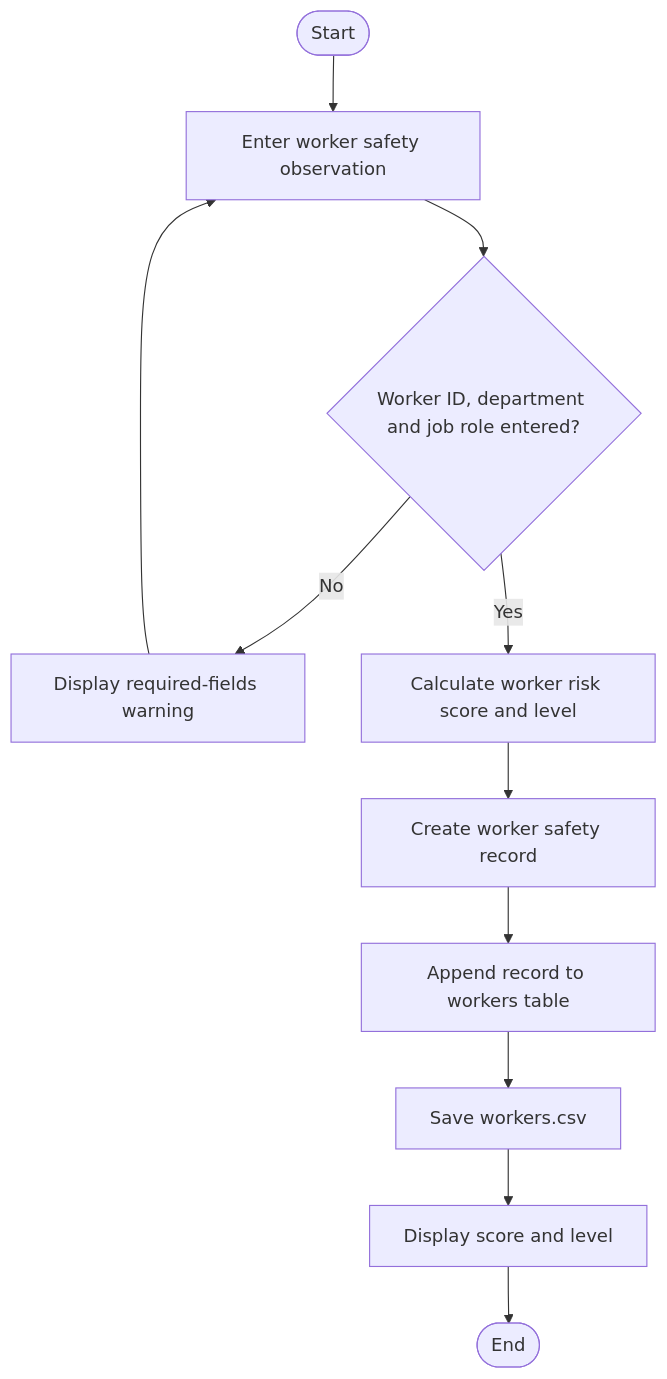
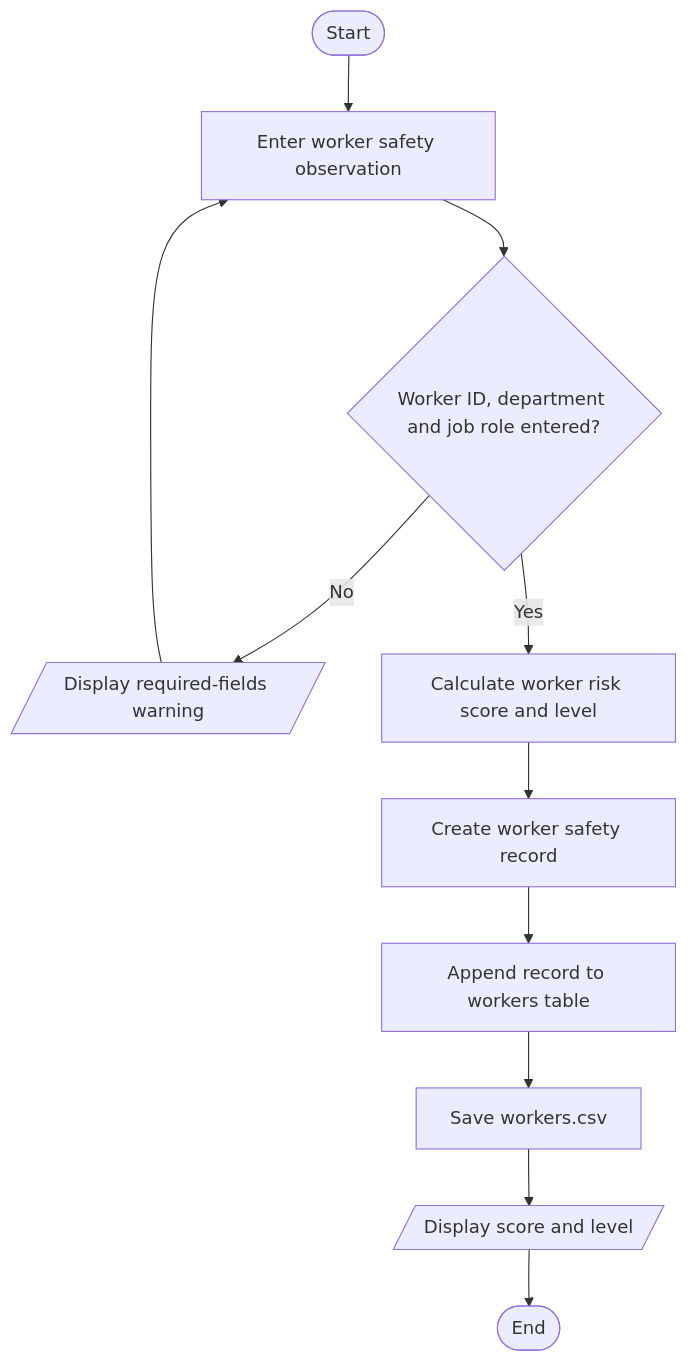
Before and after one commit to 2942996/KHWEZI-MINING-APP: the sixth of 12 diagrams in Algorithms, Flowcharts and Pseudocode/flowcharts/FLOWCHARTS.md, drawn with Mermaid. The commit also changed other lines of this file, not shown here.

First line of the commit message:
Refactor flowchart error messages for clarity

````diff
--- a/Algorithms, Flowcharts and Pseudocode/flowcharts/FLOWCHARTS.md
+++ b/Algorithms, Flowcharts and Pseudocode/flowcharts/FLOWCHARTS.md
@@ -92,13 +92,13 @@
 ```mermaid
 flowchart TD
     A([Start]) --> B[Enter worker safety observation]
     B --> C{Worker ID, department and job role entered?}
-    C -- No --> D[Display required-fields warning]
+    C -- No --> D[/Display required-fields warning/]
     D --> B
     C -- Yes --> E[Calculate worker risk score and level]
     E --> F[Create worker safety record]
     F --> G[Append record to workers table]
     G --> H[Save workers.csv]
-    H --> I[Display score and level]
+    H --> I[/Display score and level/]
     I --> J([End])
 ```
````
